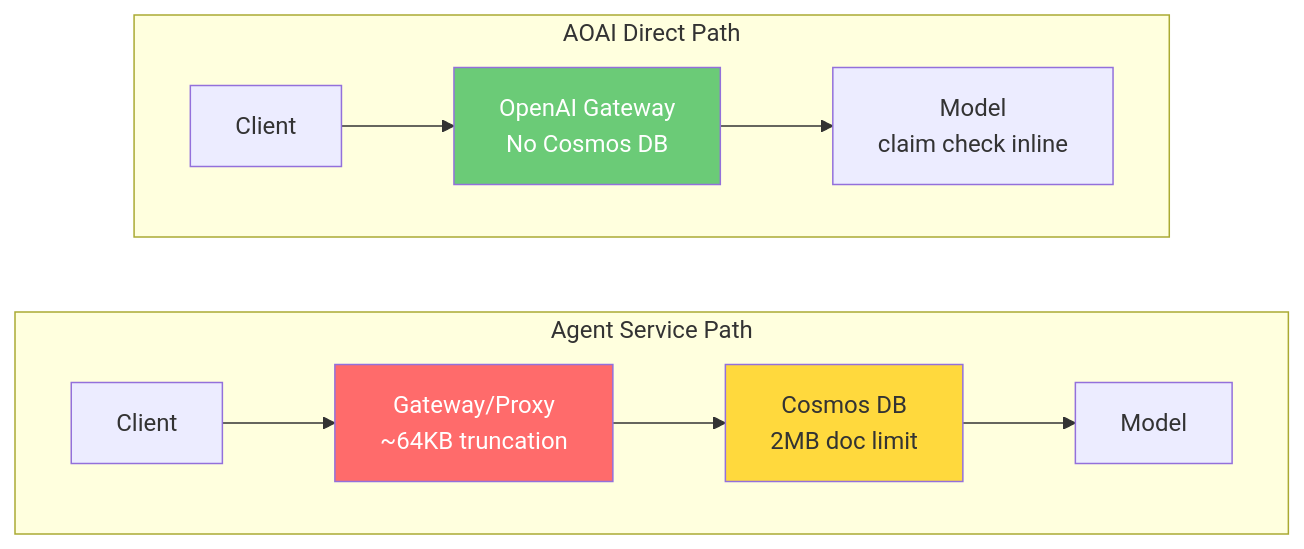
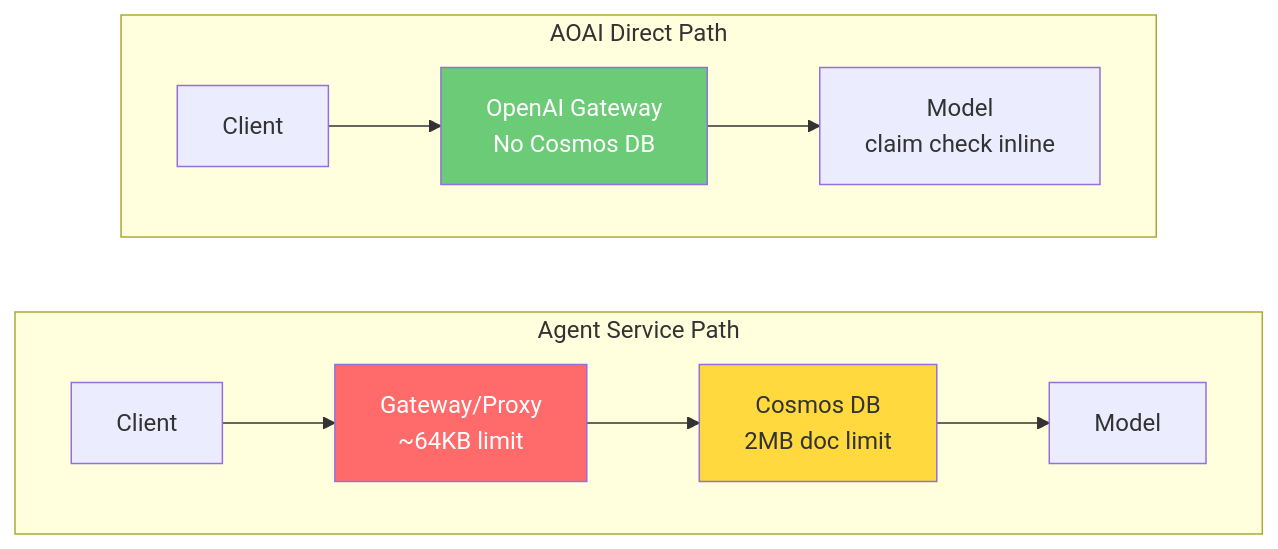
One commit to david-xinyuwei/david-share changed the diagram in Agents/Foundry-Agent-Service-Image-Size-Limit/README.md. Above: the diagram before and after it, drawn with Mermaid. The commit also changed other lines of this file and 3 other files, not shown here.

````diff
--- a/Agents/Foundry-Agent-Service-Image-Size-Limit/README.md
+++ b/Agents/Foundry-Agent-Service-Image-Size-Limit/README.md
@@ -39,18 +22,18 @@
 ```mermaid
 flowchart LR
     subgraph AgentPath["Agent Service Path"]
         direction LR
-        C1[Client] --> GW["Gateway/Proxy<br/>~64KB truncation"]
-        GW --> CDB["Cosmos DB<br/>2MB doc limit"]
+        C1[Client] --> GW["Gateway/Proxy<br>~64KB limit"]
+        GW --> CDB["Cosmos DB<br>2MB doc limit"]
         CDB --> M1[Model]
     end
     subgraph DirectPath["AOAI Direct Path"]
         direction LR
-        C2[Client] --> OGW["OpenAI Gateway<br/>No Cosmos DB"]
-        OGW --> M2["Model<br/>claim check inline"]
+        C2[Client] --> OGW["OpenAI Gateway<br>No Cosmos DB"]
+        OGW --> M2["Model<br>claim check inline"]
     end
 
     style GW fill:#ff6b6b,color:#fff
     style CDB fill:#ffd93d,color:#333
     style OGW fill:#6bcb77,color:#fff
 ```
````
